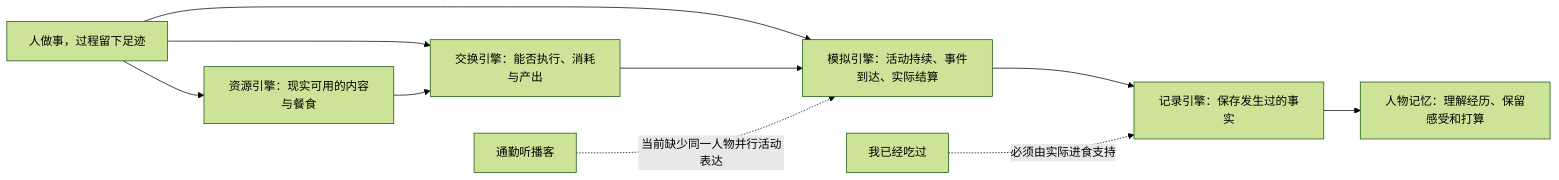
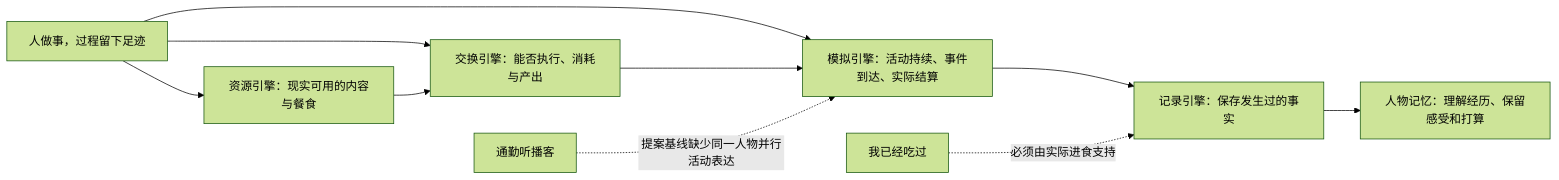
One commit to HoldThatThgt/WorldMock changed the first of 4 diagrams in docs/dev/PROPOSAL-dayrun-behavior.md. Above: the diagram before and after it, drawn with Mermaid (forest theme). The commit also changed other lines of this file and 168 other files, not shown here.

````diff
--- a/docs/dev/PROPOSAL-dayrun-behavior.md
+++ b/docs/dev/PROPOSAL-dayrun-behavior.md
@@ -20,11 +20,11 @@
 ```mermaid
 flowchart LR
     U[人做事，过程留下足迹] --> R[资源引擎：现实可用的内容与餐食]
     U --> E[交换引擎：能否执行、消耗与产出]
     U --> S[模拟引擎：活动持续、事件到达、实际结算]
     S --> D[记录引擎：保存发生过的事实]
     D --> M[人物记忆：理解经历、保留感受和打算]
     R --> E --> S
-    T[通勤听播客] -.当前缺少同一人物并行活动表达.-> S
+    T[通勤听播客] -.提案基线缺少同一人物并行活动表达.-> S
     F[我已经吃过] -.必须由实际进食支持.-> D
 ```
````
